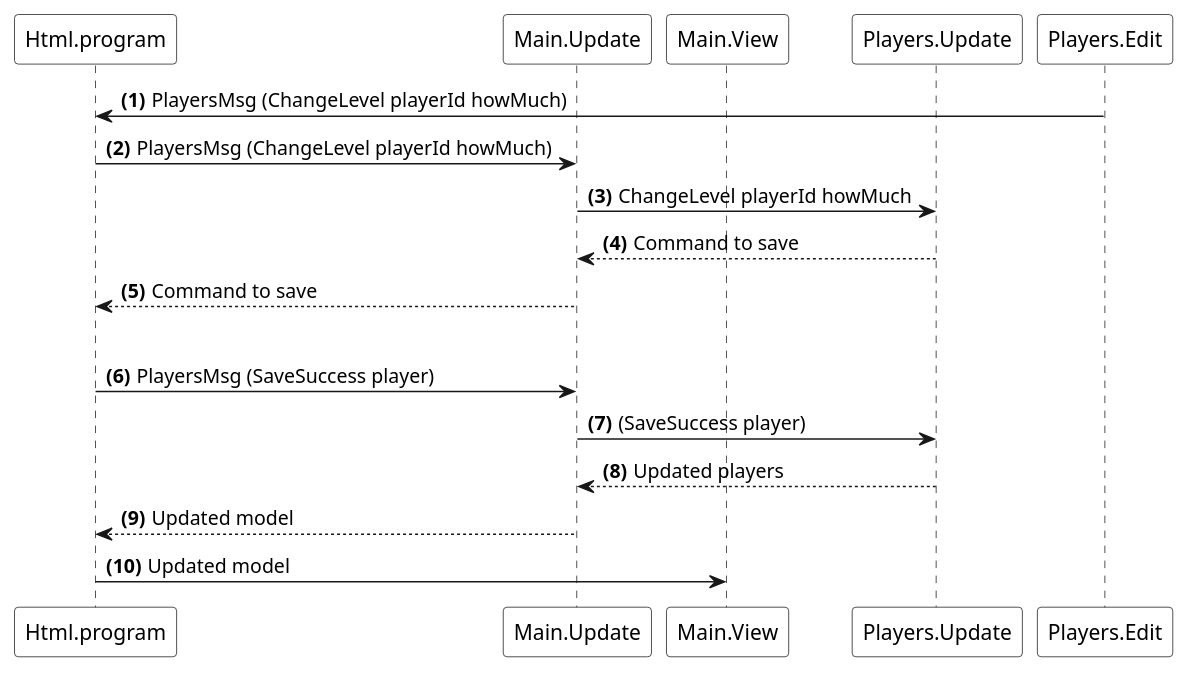
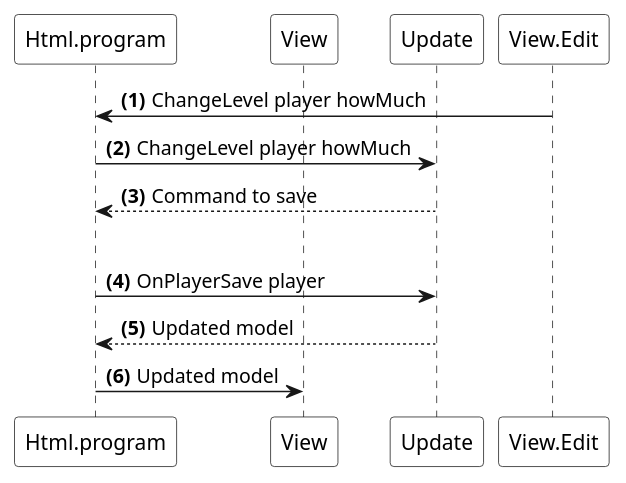
One commit to sporto/elm-tutorial changed the diagram in en/08-edit/01-plan.pu. Above: the diagram before and after it, drawn with PlantUML. The commit also changed 8 other files, not shown here.

```diff
--- a/en/08-edit/01-plan.pu
+++ b/en/08-edit/01-plan.pu
@@ -1,24 +1,20 @@
 @startuml
 
 autonumber "<b>(#)"
 
 participant Html.program as program #white
-participant Main.Update as MU #white
-participant Main.View as MV #white
-participant Players.Update as PU #white
-participant Players.Edit as PE #white
+participant Update #white
+participant View #white
+participant Update #white
+participant View.Edit as PE #white
 
-PE -> program : PlayersMsg (ChangeLevel playerId howMuch)
-program -> MU : PlayersMsg (ChangeLevel playerId howMuch)
-MU -> PU : ChangeLevel playerId howMuch
-PU --> MU : Command to save
-MU --> program : Command to save
+PE -> program : ChangeLevel player howMuch
+program -> Update : ChangeLevel player howMuch
+Update --> program : Command to save
 |||
-program -> MU : PlayersMsg (SaveSuccess player)
-MU -> PU : (SaveSuccess player)
-PU --> MU : Updated players
-MU --> program : Updated model
-program -> MV : Updated model
+program -> Update : OnPlayerSave player
+Update --> program : Updated model
+program -> View : Updated model
 
 
 @enduml
```
